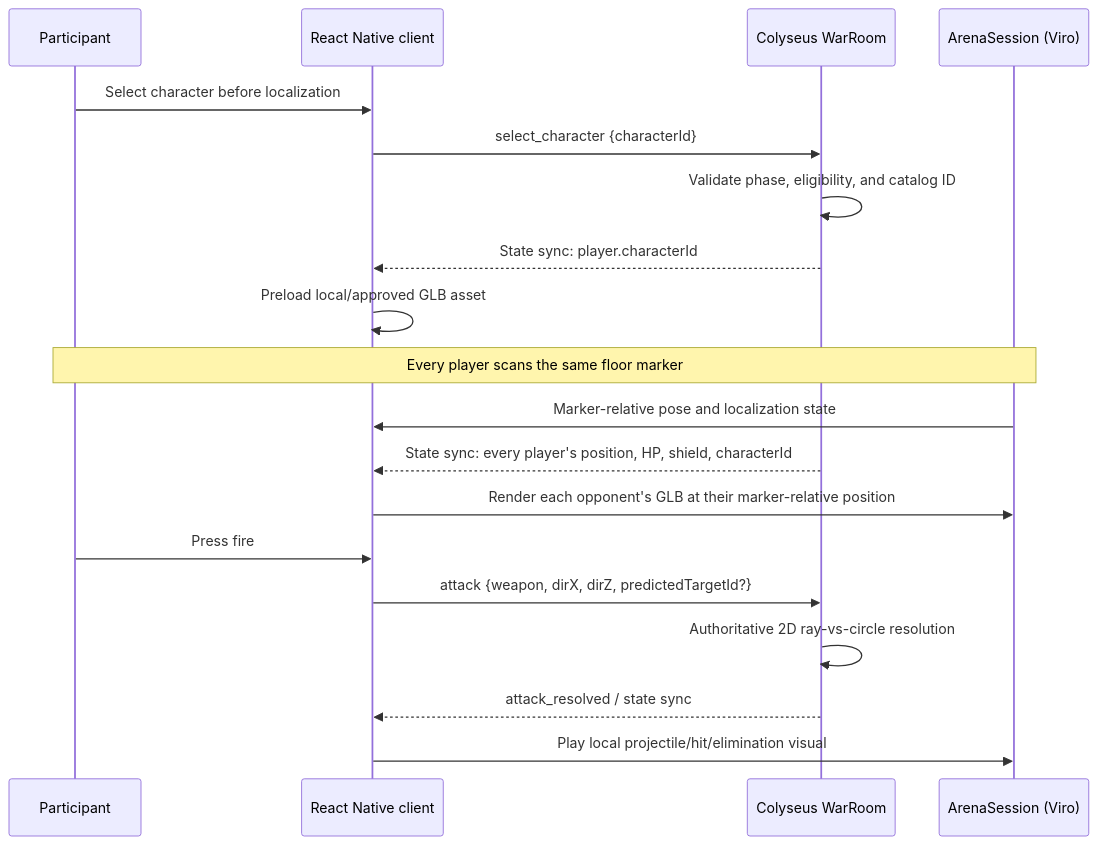
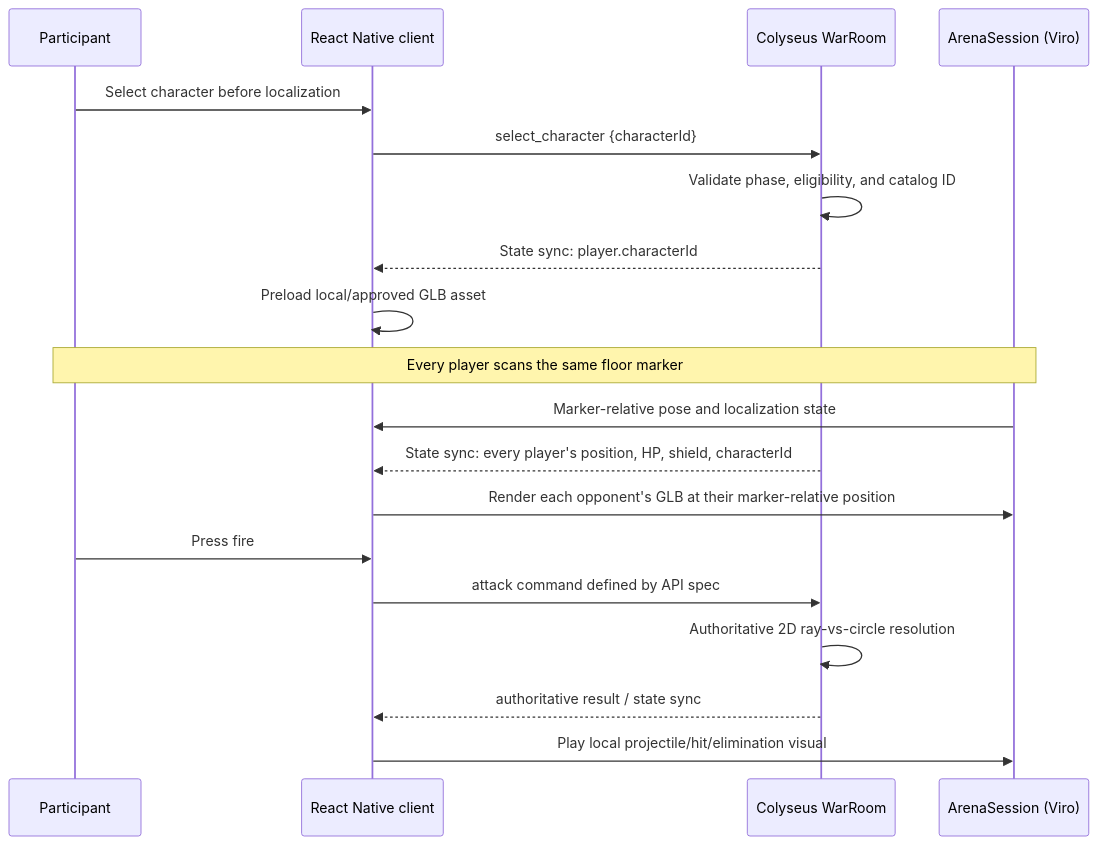
One commit to Vaibtan/CodexWars changed the diagram in docs/AR_IMPLEMENTATION_SPEC.md. Above: the diagram before and after it, drawn with Mermaid. The commit also changed other lines of this file and 19 other files, not shown here.

````diff
--- a/docs/AR_IMPLEMENTATION_SPEC.md
+++ b/docs/AR_IMPLEMENTATION_SPEC.md
@@ -46,22 +36,22 @@
 ```mermaid
 sequenceDiagram
     participant P as Participant
     participant C as React Native client
     participant S as Colyseus WarRoom
     participant AR as ArenaSession (Viro)
 
     P->>C: Select character before localization
     C->>S: select_character {characterId}
     S->>S: Validate phase, eligibility, and catalog ID
     S-->>C: State sync: player.characterId
     C->>C: Preload local/approved GLB asset
     Note over P,AR: Every player scans the same floor marker
     AR->>C: Marker-relative pose and localization state
     S-->>C: State sync: every player's position, HP, shield, characterId
     C->>AR: Render each opponent's GLB at their marker-relative position
     P->>C: Press fire
-    C->>S: attack {weapon, dirX, dirZ, predictedTargetId?}
+    C->>S: attack command defined by API spec
     S->>S: Authoritative 2D ray-vs-circle resolution
-    S-->>C: attack_resolved / state sync
+    S-->>C: authoritative result / state sync
     C->>AR: Play local projectile/hit/elimination visual
 ```
````
